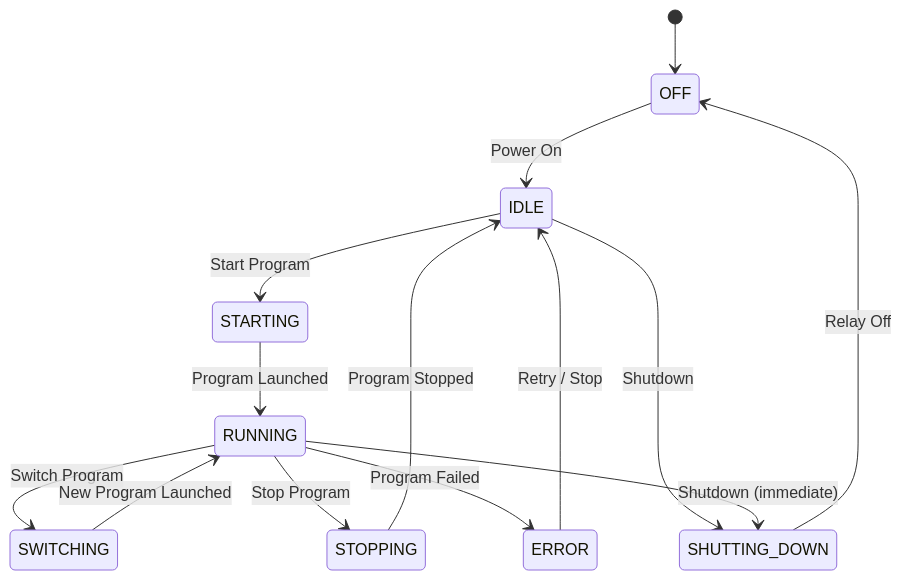
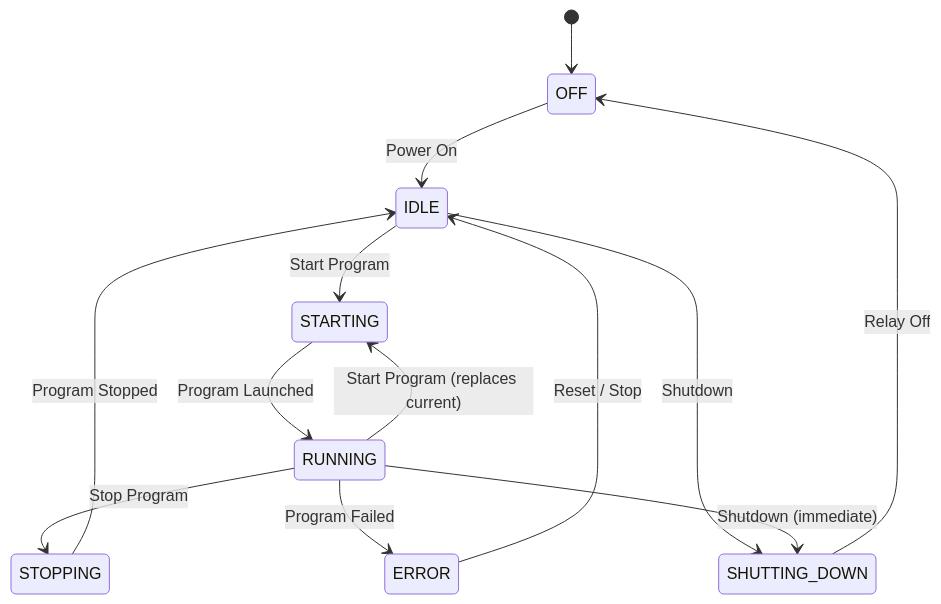
One commit to moma03/LED_Panel_Controller changed the second of 2 diagrams in setup.md. Above: the diagram before and after it, drawn with Mermaid. The commit also changed other lines of this file and 20 other files, not shown here.

````diff
--- a/setup.md
+++ b/setup.md
@@ -60,16 +59,15 @@
 ```mermaid
 stateDiagram-v2
     [*] --> OFF
     OFF --> IDLE: Power On
     IDLE --> STARTING: Start Program
     STARTING --> RUNNING: Program Launched
-    RUNNING --> SWITCHING: Switch Program
-    SWITCHING --> RUNNING: New Program Launched
+    RUNNING --> STARTING: Start Program (replaces current)
     RUNNING --> STOPPING: Stop Program
     STOPPING --> IDLE: Program Stopped
     RUNNING --> ERROR: Program Failed
-    ERROR --> IDLE: Retry / Stop
+    ERROR --> IDLE: Reset / Stop
     IDLE --> SHUTTING_DOWN: Shutdown
     SHUTTING_DOWN --> OFF: Relay Off
     RUNNING --> SHUTTING_DOWN: Shutdown (immediate)
 ```
````
